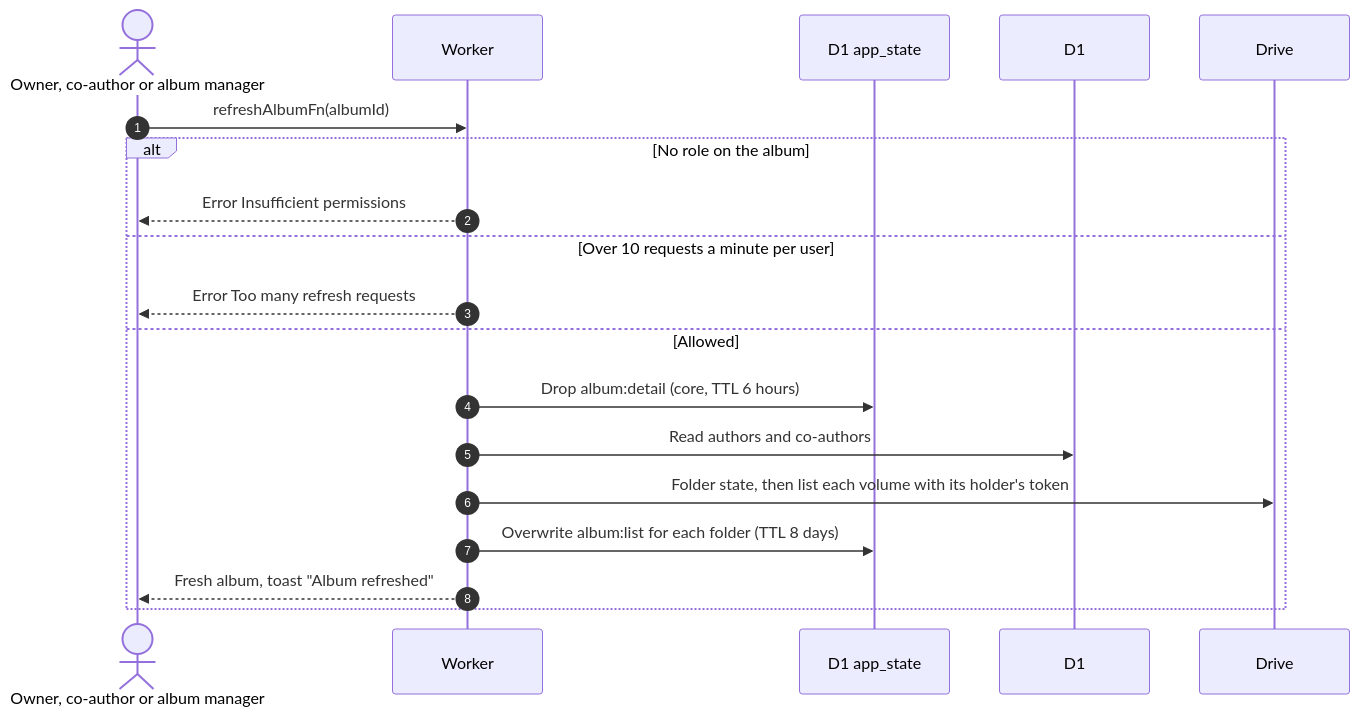
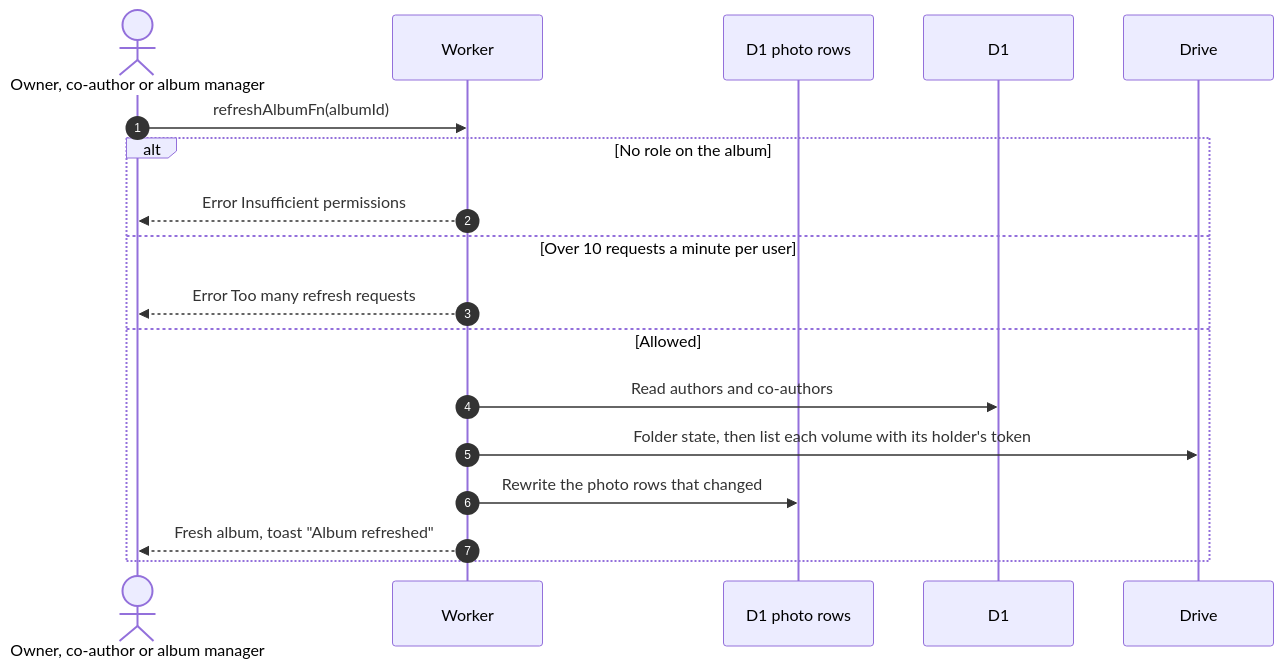
The diagram in docs/scenarios/member/albums/refresh.md (sagyzdop/meriksirat), drawn with Mermaid before and after one commit. The commit also changed other lines of this file and 53 other files, not shown here.

````diff
--- a/docs/scenarios/member/albums/refresh.md
+++ b/docs/scenarios/member/albums/refresh.md
@@ -9,21 +9,20 @@
 ```mermaid
 sequenceDiagram
     autonumber
     actor M as Owner, co-author or album manager
     participant W as Worker
-    participant K as D1 app_state
+    participant K as D1 photo rows
     participant D as D1
     participant G as Drive
     M->>W: refreshAlbumFn(albumId)
     alt No role on the album
         W-->>M: Error Insufficient permissions
     else Over 10 requests a minute per user
         W-->>M: Error Too many refresh requests
     else Allowed
-        W->>K: Drop album:detail (core, TTL 6 hours)
         W->>D: Read authors and co-authors
         W->>G: Folder state, then list each volume with its holder's token
-        W->>K: Overwrite album:list for each folder (TTL 8 days)
+        W->>K: Rewrite the photo rows that changed
         W-->>M: Fresh album, toast "Album refreshed"
     end
 ```
````
